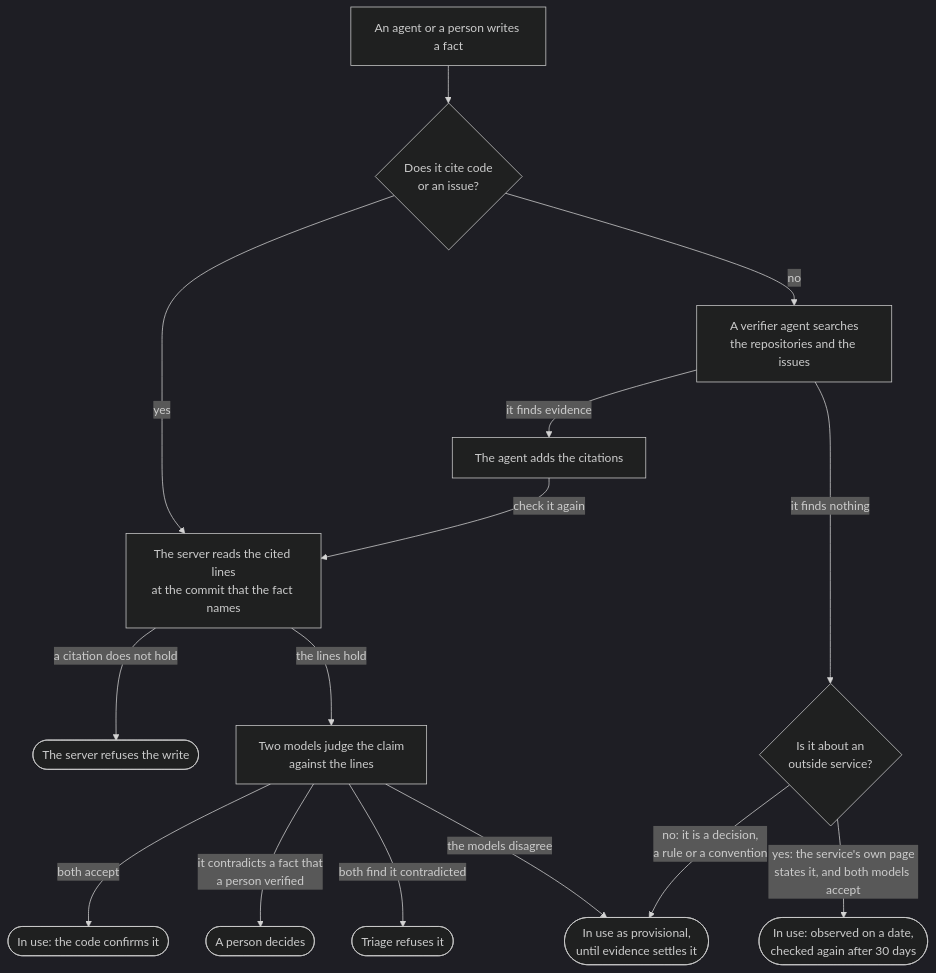
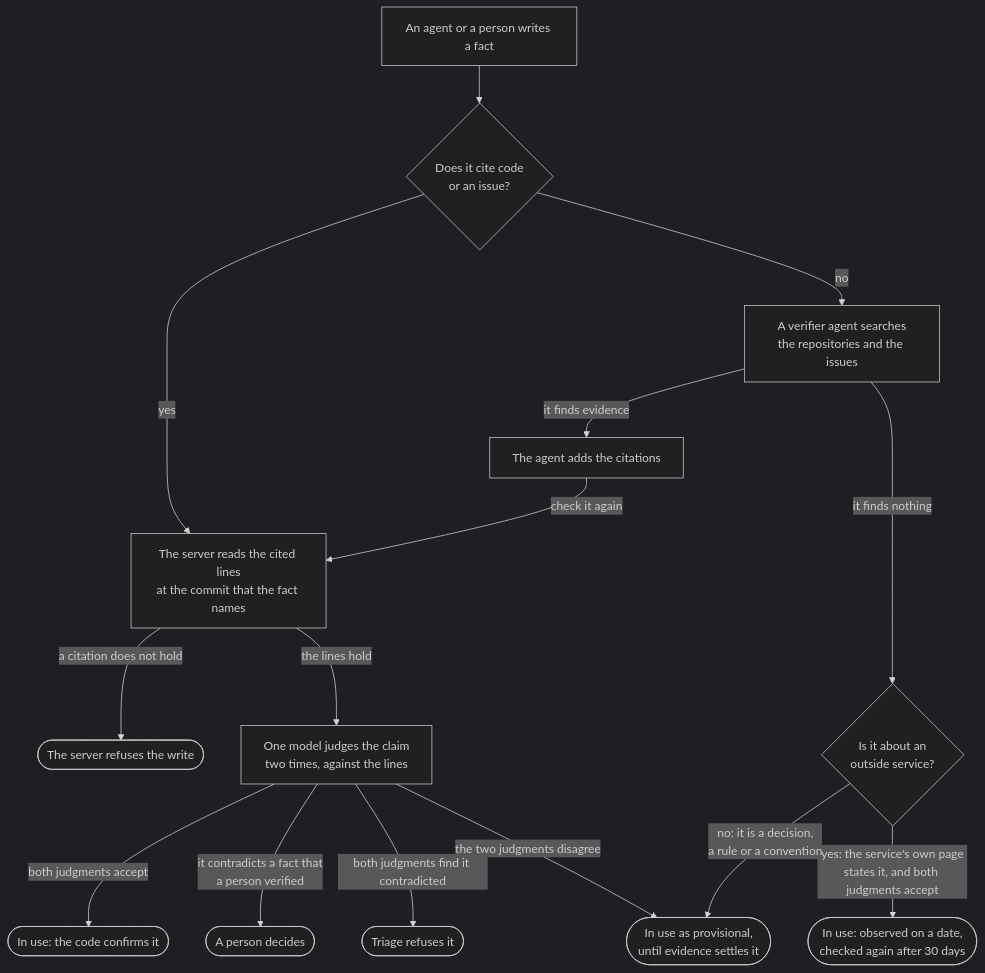
Before and after one commit to cmunte132/vantik: the first of 2 diagrams in apps/docs/docs/fundamentals/knowledge.mdx, drawn with Mermaid (dark theme). The commit also changed other lines of this file and 133 other files, not shown here.

````diff
--- a/apps/docs/docs/fundamentals/knowledge.mdx
+++ b/apps/docs/docs/fundamentals/knowledge.mdx
@@ -223,17 +242,17 @@
 ```mermaid
 flowchart TD
   written["An agent or a person writes a fact"] --> cites{"Does it cite code<br/>or an issue?"}
   cites -- yes --> read["The server reads the cited lines<br/>at the commit that the fact names"]
   read -- "a citation does not hold" --> refused(["The server refuses the write"])
-  read -- the lines hold --> judges["Two models judge the claim<br/>against the lines"]
-  judges -- both accept --> confirmed(["In use: the code confirms it"])
+  read -- the lines hold --> judges["One model judges the claim<br/>two times, against the lines"]
+  judges -- both judgments accept --> confirmed(["In use: the code confirms it"])
   judges -- "it contradicts a fact that<br/>a person verified" --> person(["A person decides"])
-  judges -- both find it contradicted --> rejected(["Triage refuses it"])
-  judges -- the models disagree --> provisional
+  judges -- both judgments find it contradicted --> rejected(["Triage refuses it"])
+  judges -- the two judgments disagree --> provisional
   cites -- no --> verifier["A verifier agent searches<br/>the repositories and the issues"]
   verifier -- it finds evidence --> cited["The agent adds the citations"]
   cited -- check it again --> read
   verifier -- it finds nothing --> outside{"Is it about an<br/>outside service?"}
-  outside -- "yes: the service's own page<br/>states it, and both models accept" --> observed(["In use: observed on a date,<br/>checked again after 30 days"])
+  outside -- "yes: the service's own page<br/>states it, and both judgments accept" --> observed(["In use: observed on a date,<br/>checked again after 30 days"])
   outside -- "no: it is a decision,<br/>a rule or a convention" --> provisional(["In use as provisional,<br/>until evidence settles it"])
 ```
````
